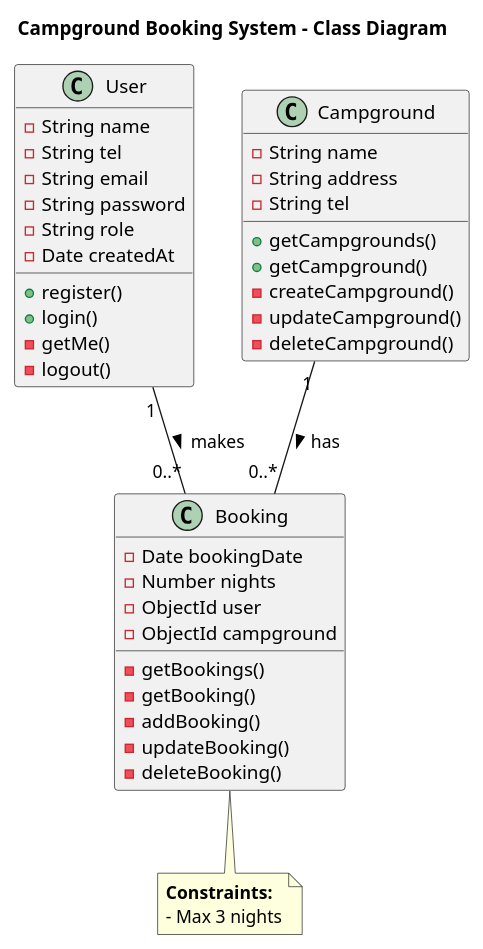
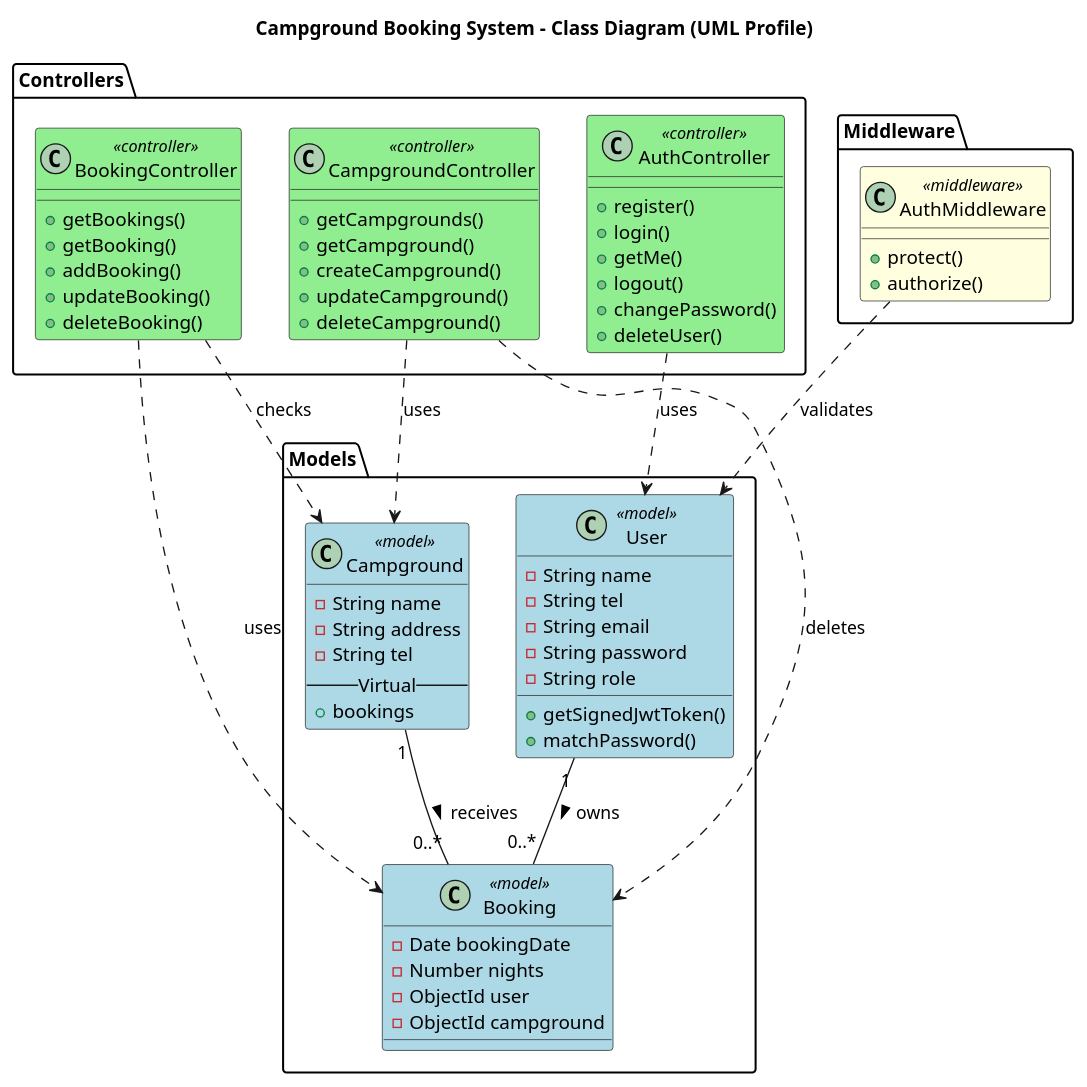
The diagram in Diagram/ClassDiagram.puml (2110503-CEDT68/be-project-68-nct), drawn with PlantUML before and after one commit.

Commit message:
Edit Class Diagram

```diff
--- a/Diagram/ClassDiagram.puml
+++ b/Diagram/ClassDiagram.puml
@@ -1,49 +1,90 @@
 @startuml Campground Booking System
-title Campground Booking System - Class Diagram
+title Campground Booking System - Class Diagram (UML Profile)
 
-class User {
-    -String name
-    -String tel
-    -String email
-    -String password
-    -String role
-    -Date createdAt
-    +register()
-    +login()
-    -getMe()
-    -logout()
+' --- Stereotypes Definition ---
+skinparam class {
+    BackgroundColor<<model>> LightBlue
+    BackgroundColor<<controller>> LightGreen
+    BackgroundColor<<middleware>> LightYellow
 }
 
-class Campground {
-    -String name
-    -String address
-    -String tel
-    +getCampgrounds()
-    +getCampground()
-    -createCampground()
-    -updateCampground()
-    -deleteCampground()
+' --- Classes ---
+
+package "Models" {
+    class User <<model>> {
+        -String name
+        -String tel
+        -String email
+        -String password
+        -String role
+        +getSignedJwtToken()
+        +matchPassword()
+    }
+
+    class Campground <<model>> {
+        -String name
+        -String address
+        -String tel
+        -- Virtual --
+        +bookings
+    }
+
+    class Booking <<model>> {
+        -Date bookingDate
+        -Number nights
+        -ObjectId user
+        -ObjectId campground
+    }
 }
 
-class Booking {
-    -Date bookingDate
-    -Number nights
-    -ObjectId user
-    -ObjectId campground
-    -getBookings()
-    -getBooking()
-    -addBooking()
-    -updateBooking()
-    -deleteBooking()
+package "Controllers" {
+    class AuthController <<controller>> {
+        +register()
+        +login()
+        +getMe()
+        +logout()
+        +changePassword()
+        +deleteUser()
+    }
+
+    class CampgroundController <<controller>> {
+        +getCampgrounds()
+        +getCampground()
+        +createCampground()
+        +updateCampground()
+        +deleteCampground()
+    }
+
+    class BookingController <<controller>> {
+        +getBookings()
+        +getBooking()
+        +addBooking()
+        +updateBooking()
+        +deleteBooking()
+    }
 }
 
-' Relationships
-User "1" -- "0..*" Booking : makes >
-Campground "1" -- "0..*" Booking : has >
+package "Middleware" {
+    class AuthMiddleware <<middleware>> {
+        +protect()
+        +authorize()
+    }
+}
 
-note bottom of Booking
-  **Constraints:**
-  - Max 3 nights
-end note
+' --- Relationships ---
+
+' Controllers use Models
+AuthController ..> User : uses
+CampgroundController ..> Campground : uses
+CampgroundController ..> Booking : deletes
+BookingController ..> Booking : uses
+BookingController ..> Campground : checks
+
+' Middleware interacts with Models
+AuthMiddleware ..> User : validates
+
+' Model Relationships
+User "1" -- "0..*" Booking : owns >
+Campground "1" -- "0..*" Booking : receives >
 
 @enduml
```
